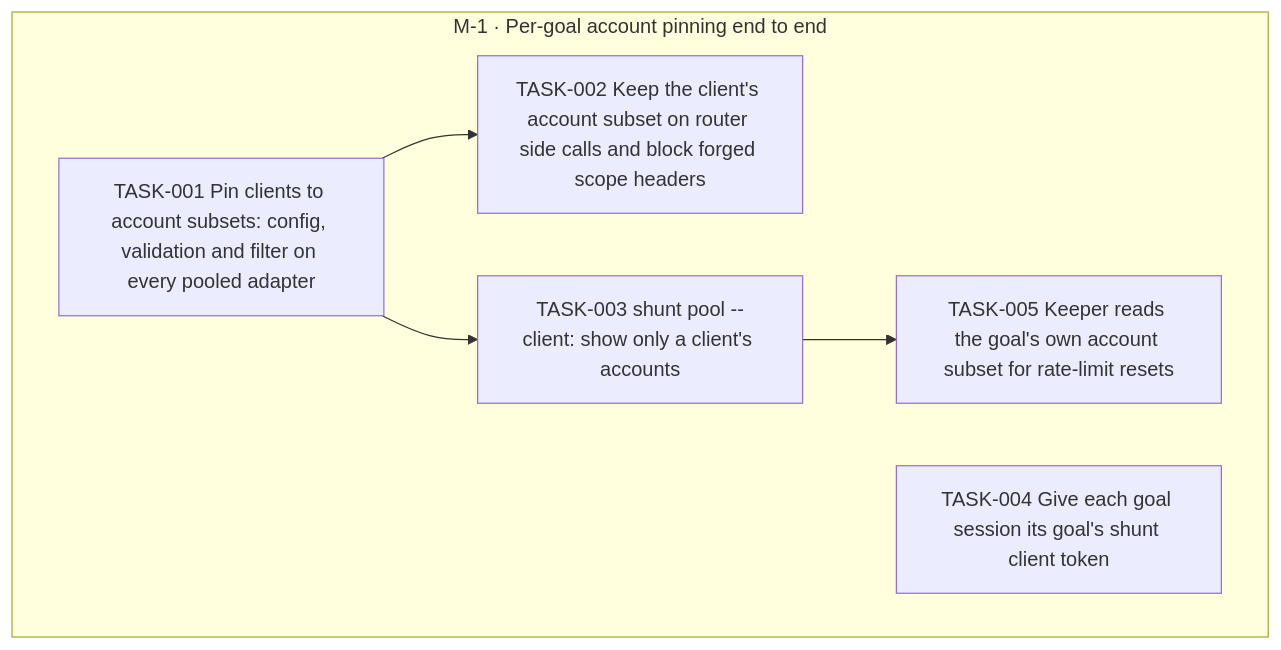
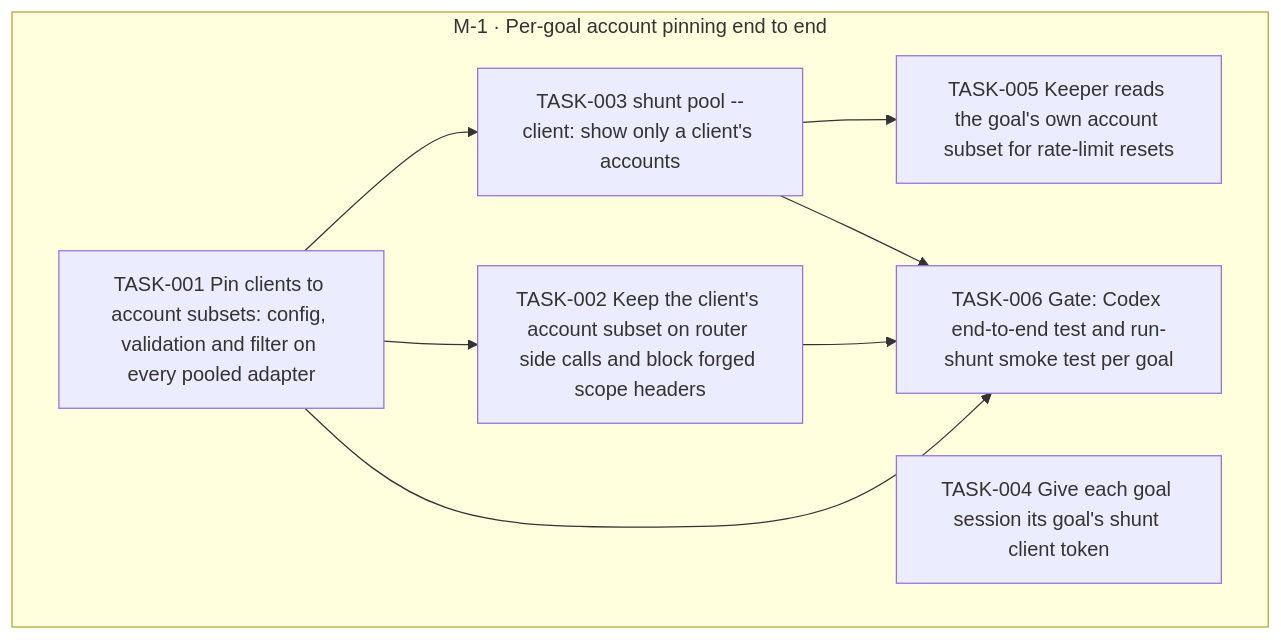
The diagram in goals/account-pinning/README.md (jesusvillota/shunt), drawn with Mermaid before and after one commit. The commit also changed 1 other file, not shown here.

Commit message:
goal(account-pinning): add TASK-006 Gate: Codex end-to-end test and run-shunt smoke test per goal

````diff
--- a/goals/account-pinning/README.md
+++ b/goals/account-pinning/README.md
@@ -19,16 +19,20 @@
 ```mermaid
 flowchart TD
   subgraph M_1["M-1 · Per-goal account pinning end to end"]
     TASK_001["TASK-001 Pin clients to account subsets: config, validation and filter on every pooled adapter"]
     TASK_002["TASK-002 Keep the client's account subset on router side calls and block forged scope headers"]
     TASK_003["TASK-003 shunt pool --client: show only a client's accounts"]
     TASK_004["TASK-004 Give each goal session its goal's shunt client token"]
     TASK_005["TASK-005 Keeper reads the goal's own account subset for rate-limit resets"]
+    TASK_006["TASK-006 Gate: Codex end-to-end test and run-shunt smoke test per goal"]
   end
   TASK_001 --> TASK_002
   TASK_001 --> TASK_003
   TASK_003 --> TASK_005
+  TASK_001 --> TASK_006
+  TASK_002 --> TASK_006
+  TASK_003 --> TASK_006
   classDef draft stroke-dasharray: 4 3
   classDef cancelled opacity:0.45
   classDef decision fill:#f3e8ff,stroke:#7c3aed
 ```
````
